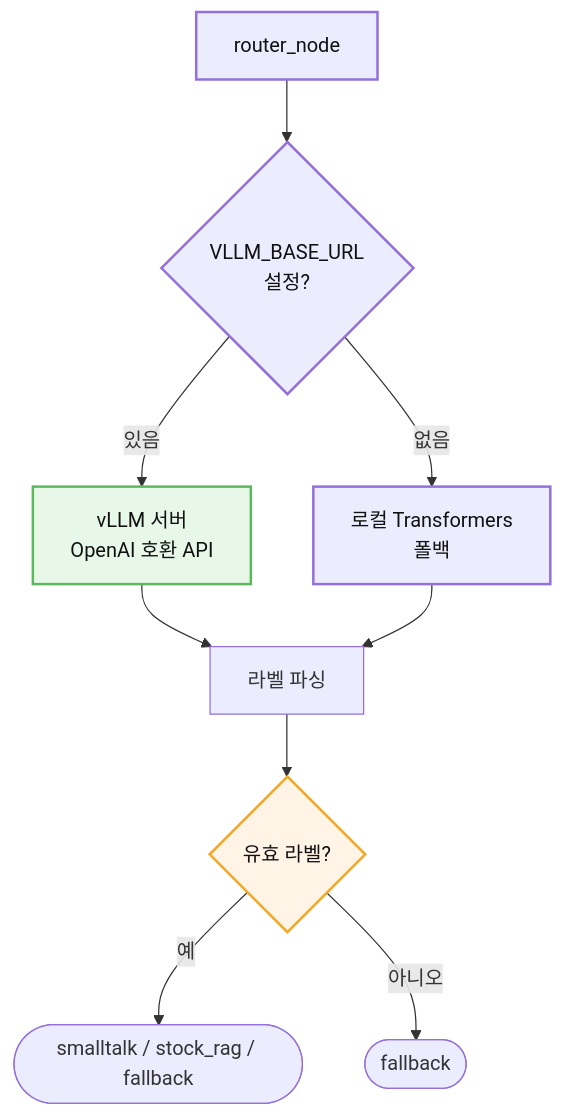
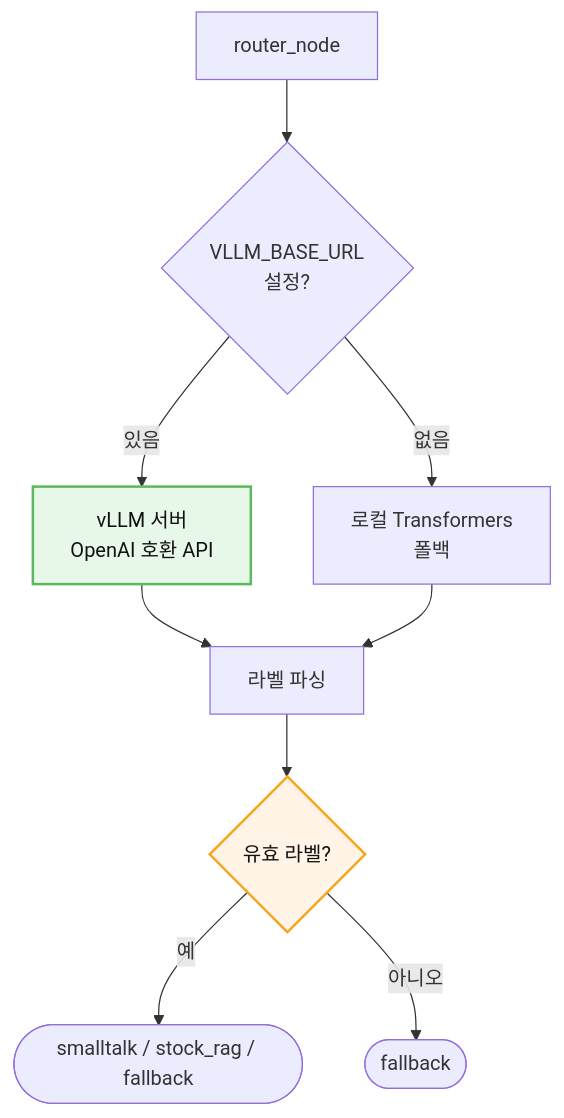
The fourth of 10 diagrams in README.md (Dongju-00/eric-chatagent), drawn with Mermaid before and after one commit. The commit also changed other lines of this file, not shown here.

````diff
--- a/README.md
+++ b/README.md
@@ -158,17 +158,14 @@
 ```mermaid
 flowchart TB
     R[router_node] --> C{VLLM_BASE_URL<br/>설정?}
     C -->|있음| V[vLLM 서버<br/>OpenAI 호환 API]
     C -->|없음| L[로컬 Transformers<br/>폴백]
     V --> P[라벨 파싱]
     L --> P
     P --> D{유효 라벨?}
     D -->|예| OUT([smalltalk / stock_rag / fallback])
     D -->|아니오| FB([fallback])
 
     style V fill:#e8f8e8,stroke:#5cb85c,stroke-width:2px,color:#111111
     style D fill:#fff4e6,stroke:#f5a623,stroke-width:2px,color:#111111
-    style R stroke-width:2px,color:#111111
-    style C stroke-width:2px,color:#111111
-    style L stroke-width:2px,color:#111111
 ```
````
